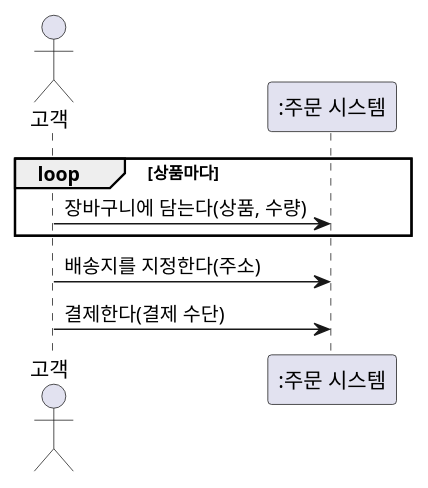
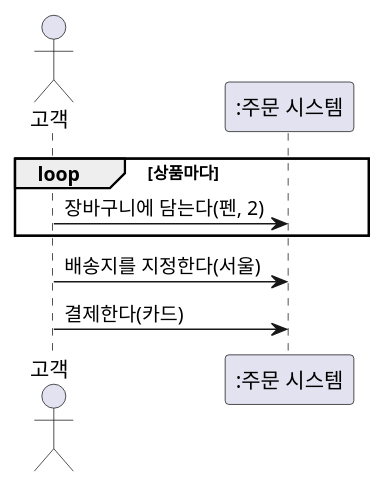
One commit to YoungSan77/TrainingMaterials changed the seventh of 14 diagrams in courses/ooad/sessions/s01.md. Above: the diagram before and after it, drawn with PlantUML. The commit also changed other lines of this file and 51 other files, not shown here.

````diff
--- a/courses/ooad/sessions/s01.md
+++ b/courses/ooad/sessions/s01.md
@@ -468,11 +406,11 @@
 ```plantuml:sequence
 @startuml
 actor "고객" as C
 participant ":주문 시스템" as S
 loop 상품마다
-  C -> S : 장바구니에 담는다(상품, 수량)
+  C -> S : 장바구니에 담는다(펜, 2)
 end
-C -> S : 배송지를 지정한다(주소)
-C -> S : 결제한다(결제 수단)
+C -> S : 배송지를 지정한다(서울)
+C -> S : 결제한다(카드)
 @enduml
 ```
````
